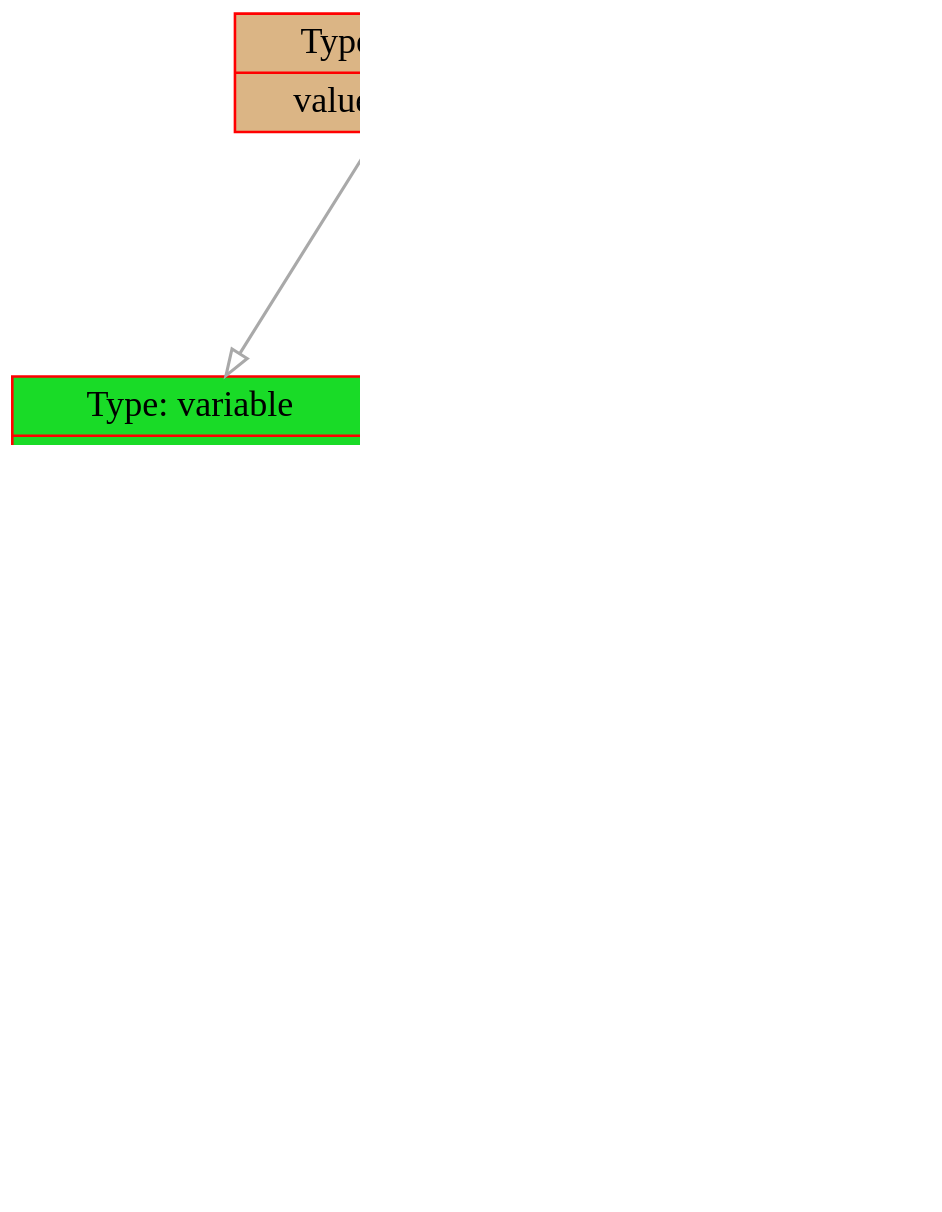
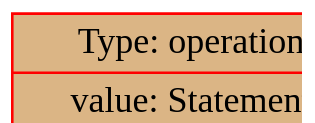
The diagram in frontend/data/graph.dot (dodokek/ProgrammingLanguage), drawn with Graphviz before and after one commit. The commit also changed 4 other files, not shown here.

```diff
--- a/frontend/data/graph.dot
+++ b/frontend/data/graph.dot
@@ -1,28 +1,13 @@
 
     digraph g {
         dpi      = 200;
         fontname = "Comic Sans MS";
         fontsize = 20;
         rankdir   =  TB;
         edge [color = darkgrey, arrowhead = onormal, arrowsize = 1, penwidth = 1.2]
         graph[fillcolor = lightgreen, ranksep = 1.3, nodesep = 0.5,
         style = "rounded, filled",color = green, penwidth = 2]
 
-    Node00000254363377e0[shape=record, width=0.2, style="filled", color="red", fillcolor="#DBB585",label=" {Type: operation | value: Statement}"] 
+    Node00000184bb0d7780[shape=record, width=0.2, style="filled", color="red", fillcolor="#DBB585",label=" {Type: operation | value: Statement}"] 
  
-Node00000254363375b0[shape=record, width=0.2, style="filled", color="red", fillcolor="#19DB27",label=" {Type: variable | value: bebrochka}"] 
- 
-Node00000254363377b0[shape=record, width=0.2, style="filled", color="red", fillcolor="#DBB585",label=" {Type: operation | value: Statement}"] 
- 
-Node0000025436337780[shape=record, width=0.2, style="filled", color="red", fillcolor="#DBB585",label=" {Type: operation | value: Var}"] 
- 
-Node00000254363375e0[shape=record, width=0.2, style="filled", color="red", fillcolor="#19DB27",label=" {Type: variable | value: bober}"] 
- 
-Node0000025436337750[shape=record, width=0.2, style="filled", color="red", fillcolor="#DB8E21",label=" {Type: number | value: 2}"] 
- 
-Node00000254363377e0->Node00000254363375b0
-Node00000254363377e0->Node00000254363377b0
-Node00000254363377b0->Node0000025436337780
-Node0000025436337780->Node00000254363375e0
-Node0000025436337780->Node0000025436337750
 }
```
